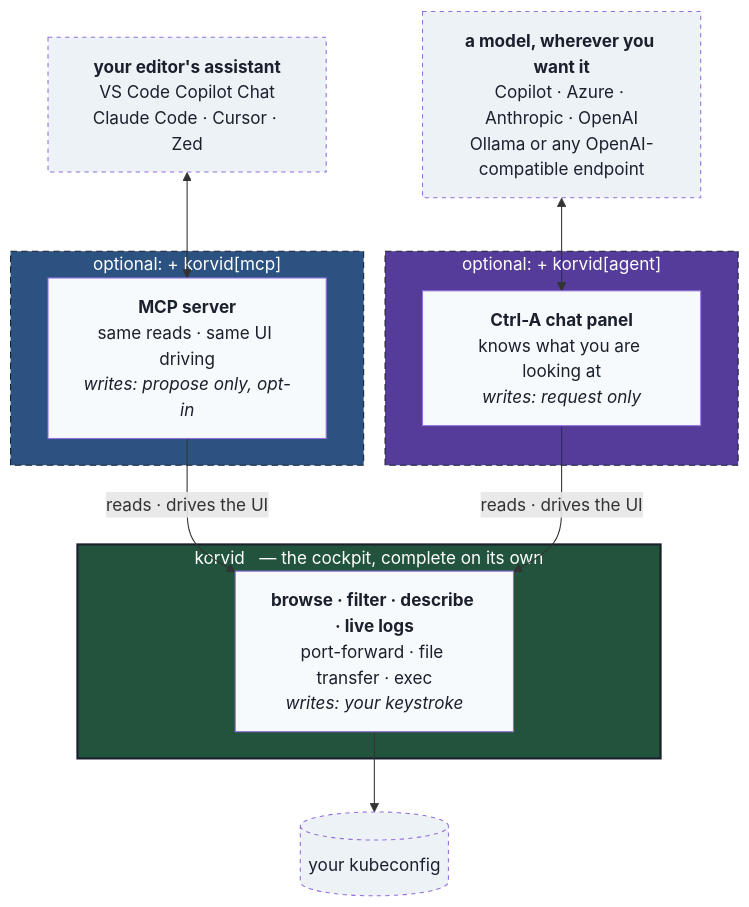
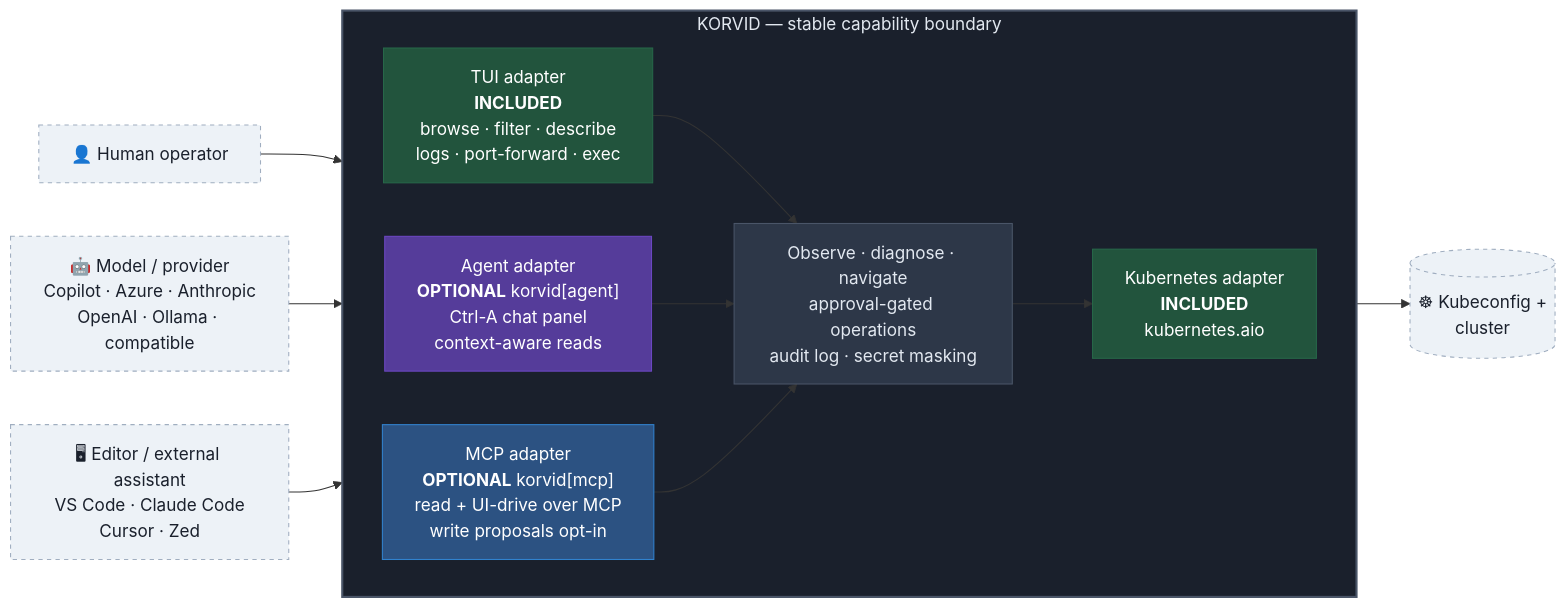
The first of 2 diagrams in docs/overview.md (hellices/korvid), drawn with Mermaid before and after one commit. The commit also changed other lines of this file, not shown here.

````diff
--- a/docs/overview.md
+++ b/docs/overview.md
@@ -16,35 +16,37 @@
 ```mermaid
-flowchart TB
-    M["<b>your editor's assistant</b><br/>VS Code Copilot Chat<br/>Claude Code · Cursor · Zed"]
-    P["<b>a model, wherever you want it</b><br/>Copilot · Azure · Anthropic · OpenAI<br/>Ollama or any OpenAI-compatible endpoint"]
+flowchart LR
+    HUMAN["👤 Human operator"]
+    MODEL["🤖 Model / provider<br/>Copilot · Azure · Anthropic<br/>OpenAI · Ollama · compatible"]
+    CLIENT["🖥 Editor / external assistant<br/>VS Code · Claude Code<br/>Cursor · Zed"]
+    CLUSTER[("☸ Kubeconfig +<br/>cluster")]
 
-    subgraph X1[" &nbsp; optional: + korvid[mcp] &nbsp; "]
-        MS["<b>MCP server</b><br/>same reads · same UI driving<br/><i>writes: propose only, opt-in</i>"]
+    subgraph KORVID["KORVID — stable capability boundary"]
+        direction LR
+        TUI["TUI adapter<br/><b>INCLUDED</b><br/>browse · filter · describe<br/>logs · port-forward · exec"]
+        AGENT["Agent adapter<br/><b>OPTIONAL</b> korvid[agent]<br/>Ctrl-A chat panel<br/>context-aware reads"]
+        CORE["Observe · diagnose · navigate<br/>approval-gated operations<br/>audit log · secret masking"]
+        MCP["MCP adapter<br/><b>OPTIONAL</b> korvid[mcp]<br/>read + UI-drive over MCP<br/>write proposals opt-in"]
+        K8S["Kubernetes adapter<br/><b>INCLUDED</b><br/>kubernetes.aio"]
+
+        TUI --> CORE
+        AGENT --> CORE
+        MCP --> CORE
+        CORE --> K8S
     end
 
-    subgraph X2[" &nbsp; optional: + korvid[agent] &nbsp; "]
-        A["<b>Ctrl-A chat panel</b><br/>knows what you are looking at<br/><i>writes: request only</i>"]
-    end
+    HUMAN --> TUI
+    MODEL --> AGENT
+    CLIENT --> MCP
+    K8S --> CLUSTER
 
-    subgraph BASE[" &nbsp; korvid &nbsp; — the cockpit, complete on its own &nbsp; "]
-        T["<b>browse · filter · describe · live logs</b><br/>port-forward · file transfer · exec<br/><i>writes: your keystroke</i>"]
-    end
-
-    K[("your kubeconfig")]
-
-    M <--> MS
-    P <--> A
-    MS -->|"reads · drives the UI"| T
-    A -->|"reads · drives the UI"| T
-    T --> K
-
-    style BASE fill:#22543d,color:#fff,stroke:#1a202c,stroke-width:2px
-    style X1 fill:#2c5282,color:#fff,stroke:#1a202c,stroke-dasharray: 6 4
-    style X2 fill:#553c9a,color:#fff,stroke:#1a202c,stroke-dasharray: 6 4
-    style T fill:#f7fafc,color:#1a202c
-    style A fill:#f7fafc,color:#1a202c
-    style MS fill:#f7fafc,color:#1a202c
-    style M fill:#edf2f7,color:#1a202c,stroke-dasharray: 4 4
-    style P fill:#edf2f7,color:#1a202c,stroke-dasharray: 4 4
-    style K fill:#edf2f7,color:#1a202c,stroke-dasharray: 4 4
+    style KORVID fill:#1a202c,color:#e2e8f0,stroke:#4a5568,stroke-width:2px
+    style CORE fill:#2d3748,color:#e2e8f0,stroke:#4a5568
+    style TUI fill:#22543d,color:#fff,stroke:#276749
+    style K8S fill:#22543d,color:#fff,stroke:#276749
+    style AGENT fill:#553c9a,color:#fff,stroke:#6b46c1
+    style MCP fill:#2c5282,color:#fff,stroke:#3182ce
+    style HUMAN fill:#edf2f7,color:#1a202c,stroke:#a0aec0,stroke-dasharray: 4 4
+    style MODEL fill:#edf2f7,color:#1a202c,stroke:#a0aec0,stroke-dasharray: 4 4
+    style CLIENT fill:#edf2f7,color:#1a202c,stroke:#a0aec0,stroke-dasharray: 4 4
+    style CLUSTER fill:#edf2f7,color:#1a202c,stroke:#a0aec0,stroke-dasharray: 4 4
 ```
````
